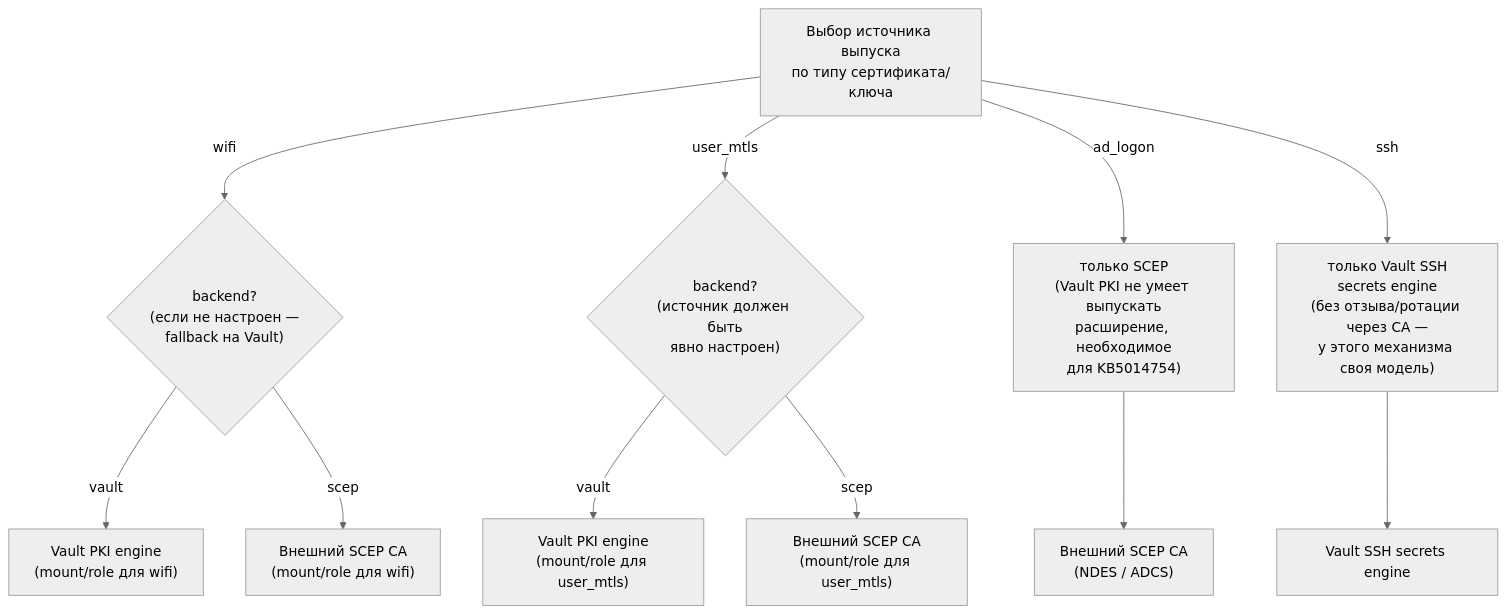
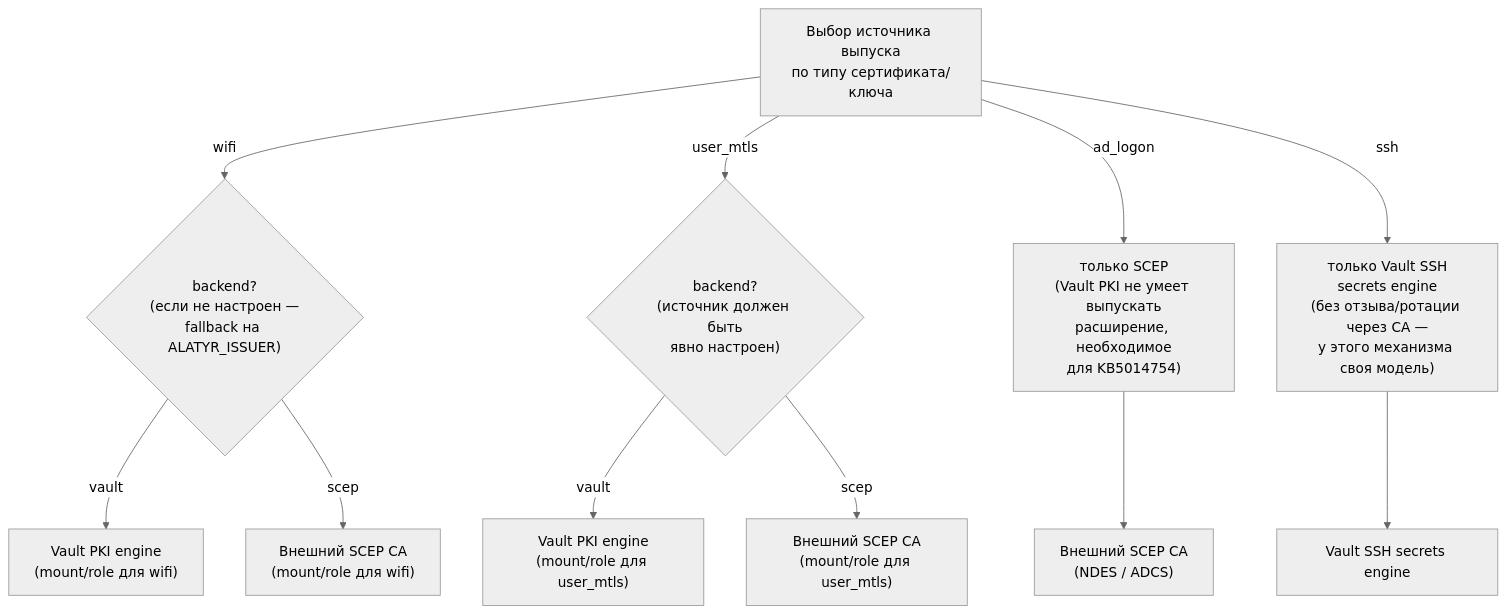
Before and after one commit to s3m4rgl/alatyr-docs: the second of 2 diagrams in docs/architecture.md, drawn with Mermaid (neutral theme). The commit also changed other lines of this file and 16 other files, not shown here.

````diff
--- a/docs/architecture.md
+++ b/docs/architecture.md
@@ -76,15 +81,15 @@
 ```mermaid
 flowchart TD
     Reg["Выбор источника выпуска<br/>по типу сертификата/ключа"]
-    Reg -->|wifi| B1{"backend?<br/>(если не настроен —<br/>fallback на Vault)"}
+    Reg -->|wifi| B1{"backend?<br/>(если не настроен —<br/>fallback на ALATYR_ISSUER)"}
     Reg -->|user_mtls| B2{"backend?<br/>(источник должен быть<br/>явно настроен)"}
     Reg -->|ad_logon| B3["только SCEP<br/>(Vault PKI не умеет выпускать<br/>расширение, необходимое<br/>для KB5014754)"]
     Reg -->|ssh| B4["только Vault SSH<br/>secrets engine<br/>(без отзыва/ротации через CA —<br/>у этого механизма своя модель)"]
 
     B1 -->|vault| V1["Vault PKI engine<br/>(mount/role для wifi)"]
     B1 -->|scep| S1["Внешний SCEP CA<br/>(mount/role для wifi)"]
     B2 -->|vault| V2["Vault PKI engine<br/>(mount/role для user_mtls)"]
     B2 -->|scep| S2["Внешний SCEP CA<br/>(mount/role для user_mtls)"]
     B3 --> S3["Внешний SCEP CA<br/>(NDES / ADCS)"]
     B4 --> V4["Vault SSH secrets engine"]
 ```
````
